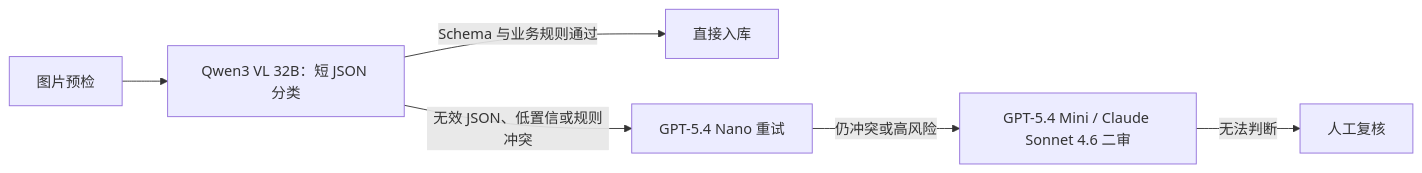
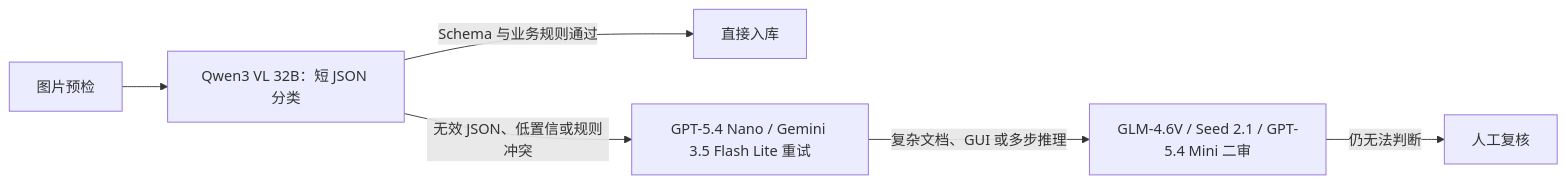
One commit to inernoro/vlm_price changed the diagram in README.md. Above: the diagram before and after it, drawn with Mermaid. The commit also changed other lines of this file and 12 other files, not shown here.

````diff
--- a/README.md
+++ b/README.md
@@ -105,8 +118,8 @@
 ```mermaid
 flowchart LR
     A["图片预检"] --> B["Qwen3 VL 32B：短 JSON 分类"]
     B -->|"Schema 与业务规则通过"| C["直接入库"]
-    B -->|"无效 JSON、低置信或规则冲突"| D["GPT-5.4 Nano 重试"]
-    D -->|"仍冲突或高风险"| E["GPT-5.4 Mini / Claude Sonnet 4.6 二审"]
-    E -->|"无法判断"| F["人工复核"]
+    B -->|"无效 JSON、低置信或规则冲突"| D["GPT-5.4 Nano / Gemini 3.5 Flash Lite 重试"]
+    D -->|"复杂文档、GUI 或多步推理"| E["GLM-4.6V / Seed 2.1 / GPT-5.4 Mini 二审"]
+    E -->|"仍无法判断"| F["人工复核"]
 ```
````
